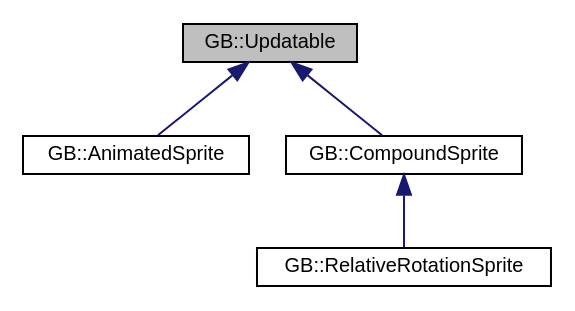
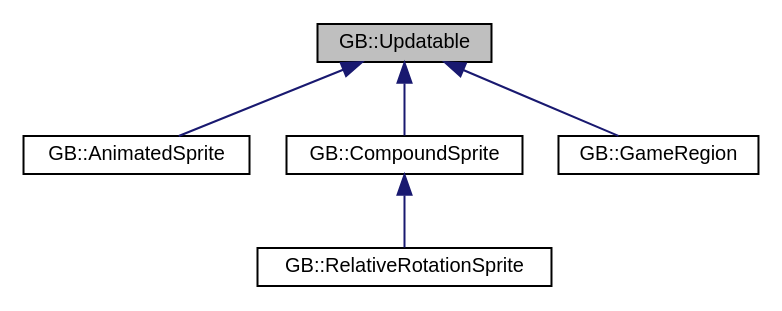
The diagram in docs/class_g_b_1_1_updatable__inherit__graph.dot (AgreeableDeerGames/GameBackbone), drawn with Graphviz before and after one commit. The commit also changed 404 other files, not shown here.

```diff
--- a/docs/class_g_b_1_1_updatable__inherit__graph.dot
+++ b/docs/class_g_b_1_1_updatable__inherit__graph.dot
@@ -1,12 +1,14 @@
 digraph "GB::Updatable"
 {
   edge [fontname="Helvetica",fontsize="10",labelfontname="Helvetica",labelfontsize="10"];
   node [fontname="Helvetica",fontsize="10",shape=record];
-  Node1 [label="GB::Updatable",height=0.2,width=0.4,color="black", fillcolor="grey75", style="filled", fontcolor="black"];
-  Node1 -> Node2 [dir="back",color="midnightblue",fontsize="10",style="solid",fontname="Helvetica"];
-  Node2 [label="GB::AnimatedSprite",height=0.2,width=0.4,color="black", fillcolor="white", style="filled",URL="$class_g_b_1_1_animated_sprite.html",tooltip="Sprite with the ability to display several animation states. "];
-  Node1 -> Node3 [dir="back",color="midnightblue",fontsize="10",style="solid",fontname="Helvetica"];
-  Node3 [label="GB::CompoundSprite",height=0.2,width=0.4,color="black", fillcolor="white", style="filled",URL="$class_g_b_1_1_compound_sprite.html",tooltip="Controls several sprites and animated sprites as one logical unit. "];
-  Node3 -> Node4 [dir="back",color="midnightblue",fontsize="10",style="solid",fontname="Helvetica"];
-  Node4 [label="GB::RelativeRotationSprite",height=0.2,width=0.4,color="black", fillcolor="white", style="filled",URL="$class_g_b_1_1_relative_rotation_sprite.html",tooltip="Special type of CompoundSprite which controls rotation of each component Sprite for the user..."];
+  Node0 [label="GB::Updatable",height=0.2,width=0.4,color="black", fillcolor="grey75", style="filled", fontcolor="black"];
+  Node0 -> Node1 [dir="back",color="midnightblue",fontsize="10",style="solid",fontname="Helvetica"];
+  Node1 [label="GB::AnimatedSprite",height=0.2,width=0.4,color="black", fillcolor="white", style="filled",URL="$class_g_b_1_1_animated_sprite.html",tooltip="Sprite with the ability to display several animation states. "];
+  Node0 -> Node2 [dir="back",color="midnightblue",fontsize="10",style="solid",fontname="Helvetica"];
+  Node2 [label="GB::CompoundSprite",height=0.2,width=0.4,color="black", fillcolor="white", style="filled",URL="$class_g_b_1_1_compound_sprite.html",tooltip="Controls several sprites and animated sprites as one logical unit. "];
+  Node2 -> Node3 [dir="back",color="midnightblue",fontsize="10",style="solid",fontname="Helvetica"];
+  Node3 [label="GB::RelativeRotationSprite",height=0.2,width=0.4,color="black", fillcolor="white", style="filled",URL="$class_g_b_1_1_relative_rotation_sprite.html",tooltip="Special type of CompoundSprite which controls rotation of each component Sprite for the user..."];
+  Node0 -> Node4 [dir="back",color="midnightblue",fontsize="10",style="solid",fontname="Helvetica"];
+  Node4 [label="GB::GameRegion",height=0.2,width=0.4,color="black", fillcolor="white", style="filled",URL="$class_g_b_1_1_game_region.html",tooltip="Base class meant to be inherited. Controls game logic and actors for a specific time or space in game..."];
 }
```
